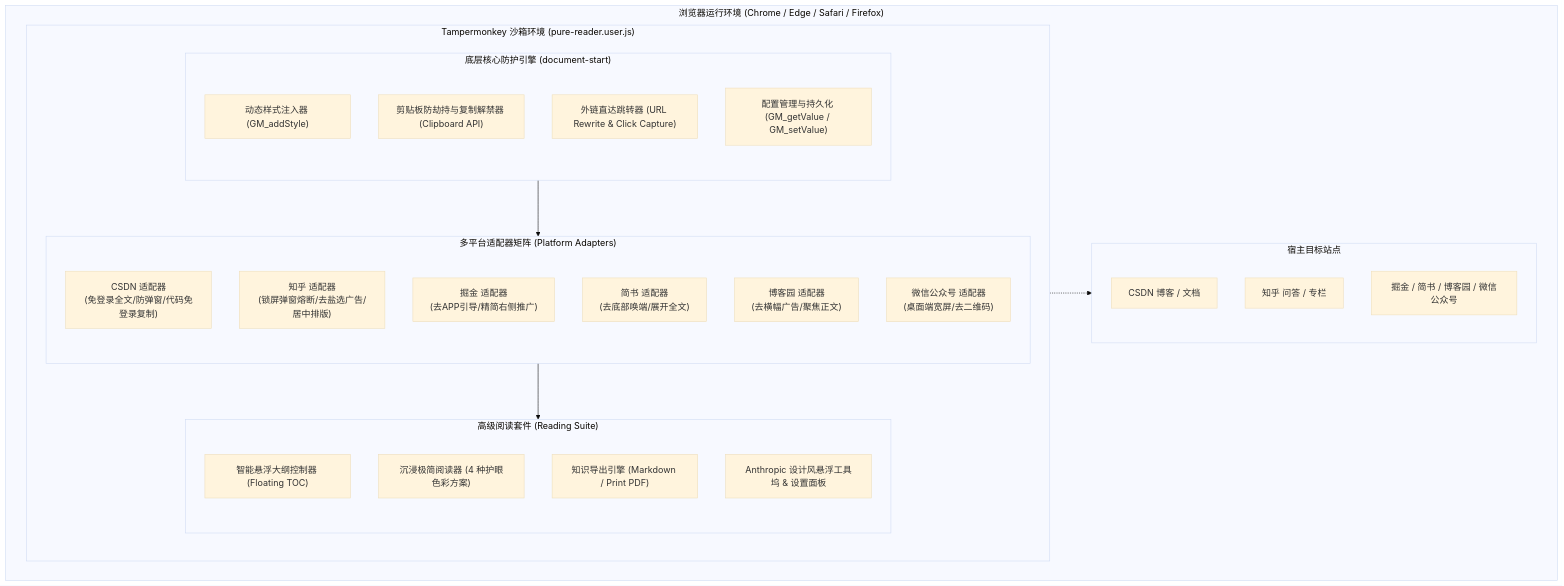
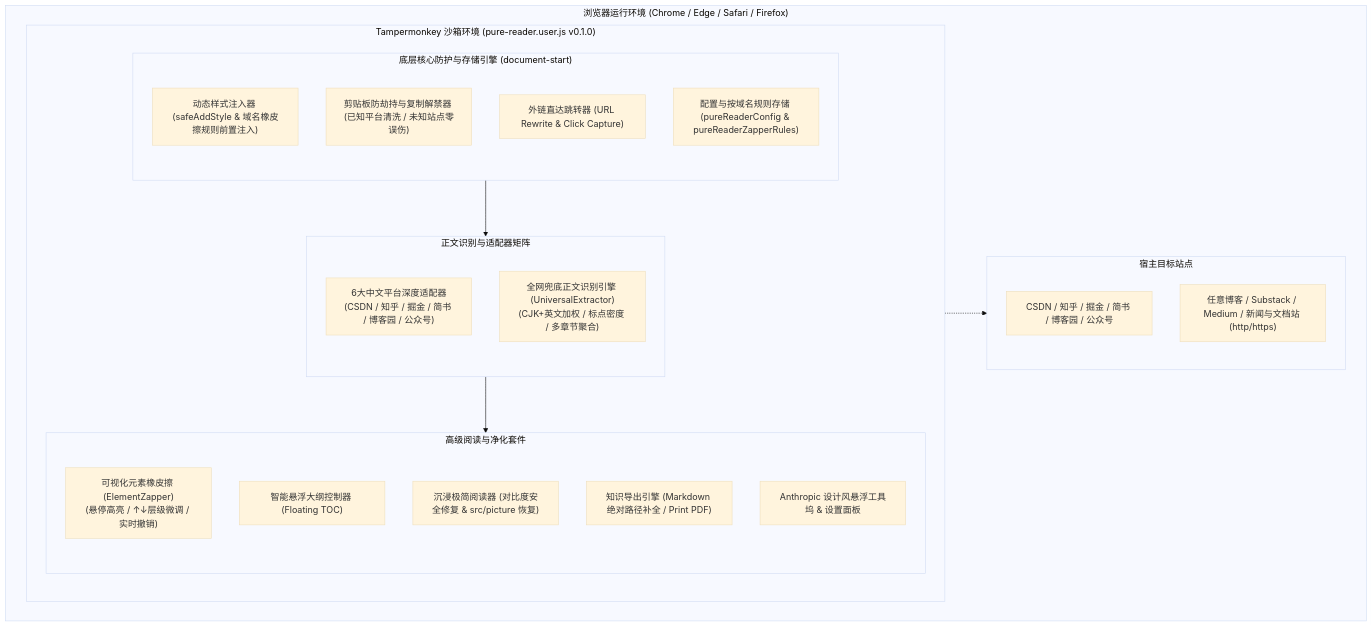
One commit to e69d8e/tampermonkey-scripts changed the first of 2 diagrams in pure-reader/README.md. Above: the diagram before and after it, drawn with Mermaid (base theme). The commit also changed other lines of this file and 3 other files, not shown here.

First line of the commit message:
feat(pure-reader): add universal fallback extractor and element zapper v0.1.0

````diff
--- a/pure-reader/README.md
+++ b/pure-reader/README.md
@@ -18,42 +18,38 @@
 ```mermaid
 flowchart TB
     subgraph Browser["浏览器运行环境 (Chrome / Edge / Safari / Firefox)"]
-        subgraph TM["Tampermonkey 沙箱环境 (pure-reader.user.js)"]
+        subgraph TM["Tampermonkey 沙箱环境 (pure-reader.user.js v0.1.0)"]
             direction TB
             
-            subgraph CoreEngine["底层核心防护引擎 (document-start)"]
-                CSS_INJECT["动态样式注入器 (GM_addStyle)"]
-                COPY_GUARD["剪贴板防劫持与复制解禁器 (Clipboard API)"]
+            subgraph CoreEngine["底层核心防护与存储引擎 (document-start)"]
+                CSS_INJECT["动态样式注入器 (safeAddStyle & 域名橡皮擦规则前置注入)"]
+                COPY_GUARD["剪贴板防劫持与复制解禁器 (已知平台清洗 / 未知站点零误伤)"]
                 LINK_GUARD["外链直达跳转器 (URL Rewrite & Click Capture)"]
-                CONFIG_MGR["配置管理与持久化 (GM_getValue / GM_setValue)"]
+                CONFIG_MGR["配置与按域名规则存储 (pureReaderConfig & pureReaderZapperRules)"]
             end
 
-            subgraph Adapters["多平台适配器矩阵 (Platform Adapters)"]
-                ADP_CSDN["CSDN 适配器<br>(免登录全文/防弹窗/代码免登录复制)"]
-                ADP_ZHIHU["知乎 适配器<br>(锁屏弹窗熔断/去盐选广告/居中排版)"]
-                ADP_JUEJIN["掘金 适配器<br>(去APP引导/精简右侧推广)"]
-                ADP_JIANSHU["简书 适配器<br>(去底部唤端/展开全文)"]
-                ADP_CNBLOGS["博客园 适配器<br>(去横幅广告/聚焦正文)"]
-                ADP_WEIXIN["微信公众号 适配器<br>(桌面端宽屏/去二维码)"]
+            subgraph ExtractionLayer["正文识别与适配器矩阵"]
+                KNOWN_ADP["6大中文平台深度适配器<br>(CSDN / 知乎 / 掘金 / 简书 / 博客园 / 公众号)"]
+                UNIV_EXT["全网兜底正文识别引擎 (UniversalExtractor)<br>(CJK+英文加权 / 标点密度 / 多章节聚合)"]
             end
 
-            subgraph ReadingSuite["高级阅读套件 (Reading Suite)"]
+            subgraph ReadingSuite["高级阅读与净化套件"]
+                ZAPPER["可视化元素橡皮擦 (ElementZapper)<br>(悬停高亮 / ↑↓层级微调 / 实时撤销)"]
                 TOC_CTRL["智能悬浮大纲控制器 (Floating TOC)"]
-                ZEN_MODE["沉浸极简阅读器 (4 种护眼色彩方案)"]
-                EXPORTER["知识导出引擎 (Markdown / Print PDF)"]
+                ZEN_MODE["沉浸极简阅读器 (对比度安全修复 & src/picture 恢复)"]
+                EXPORTER["知识导出引擎 (Markdown 绝对路径补全 / Print PDF)"]
                 DOCK_UI["Anthropic 设计风悬浮工具坞 & 设置面板"]
             end
 
-            CoreEngine --> Adapters
-            Adapters --> ReadingSuite
+            CoreEngine --> ExtractionLayer
+            ExtractionLayer --> ReadingSuite
         end
 
         subgraph TargetPages["宿主目标站点"]
-            P_CSDN["CSDN 博客 / 文档"]
-            P_ZHIHU["知乎 问答 / 专栏"]
-            P_OTHERS["掘金 / 简书 / 博客园 / 微信公众号"]
+            P_KNOWN["CSDN / 知乎 / 掘金 / 简书 / 博客园 / 公众号"]
+            P_UNIV["任意博客 / Substack / Medium / 新闻与文档站 (http/https)"]
         end
 
         ReadingSuite -.-> TargetPages
     end
 ```
````
